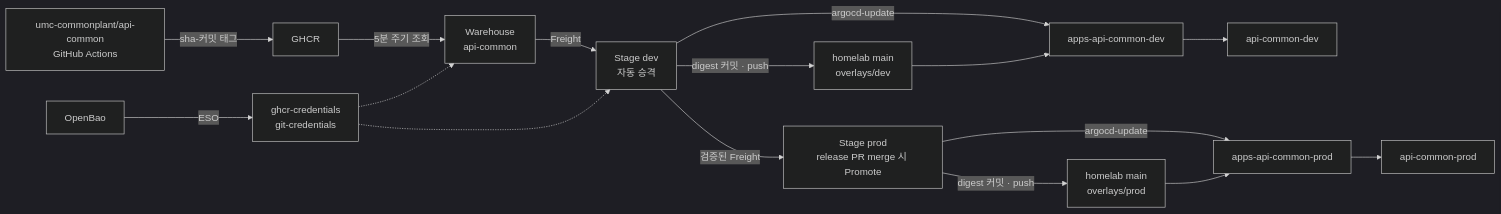
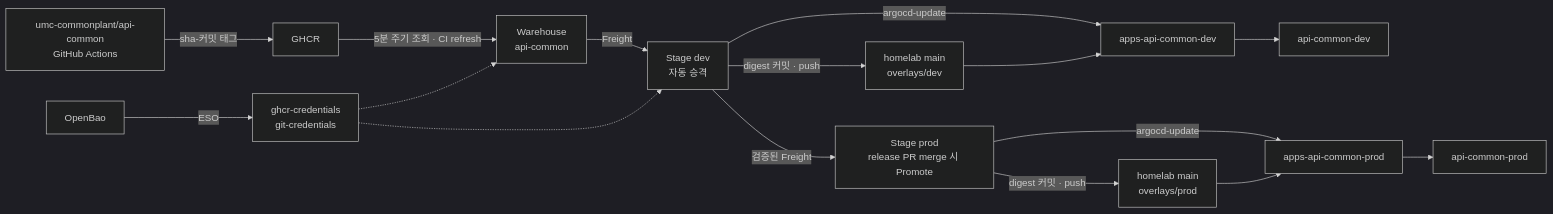
One commit to hweyoung/homelab changed the diagram in docs/gitops/promotion.md. Above: the diagram before and after it, drawn with Mermaid (dark theme). The commit also changed other lines of this file and 1 other file, not shown here.

First line of the commit message:
[Docs] deploy-dev Warehouse refresh와 대기 시간 기록

````diff
--- a/docs/gitops/promotion.md
+++ b/docs/gitops/promotion.md
@@ -24,16 +24,16 @@
 ```mermaid
 flowchart LR
     SRC["umc-commonplant/api-common<br/>GitHub Actions"] -->|"sha-커밋 태그"| GHCR["GHCR"]
-    GHCR -->|"5분 주기 조회"| WH["Warehouse<br/>api-common"]
+    GHCR -->|"5분 주기 조회 · CI refresh"| WH["Warehouse<br/>api-common"]
     WH -->|"Freight"| DEV["Stage dev<br/>자동 승격"]
     DEV -->|"digest 커밋 · push"| GIT["homelab main<br/>overlays/dev"]
     DEV -->|"argocd-update"| ARGO["apps-api-common-dev"]
     GIT --> ARGO --> POD["api-common-dev"]
     DEV -->|"검증된 Freight"| PROD["Stage prod<br/>release PR merge 시 Promote"]
     PROD -->|"digest 커밋 · push"| GITP["homelab main<br/>overlays/prod"]
     PROD -->|"argocd-update"| ARGOP["apps-api-common-prod"]
     GITP --> ARGOP --> PODP["api-common-prod"]
     BAO["OpenBao"] -->|"ESO"| CRED["ghcr-credentials<br/>git-credentials"]
     CRED -.-> WH
     CRED -.-> DEV
 ```
````
